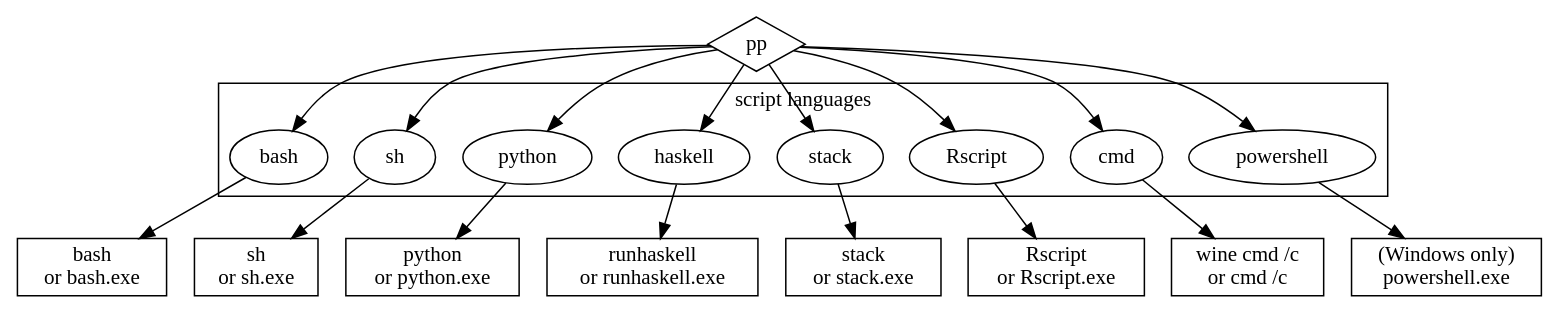
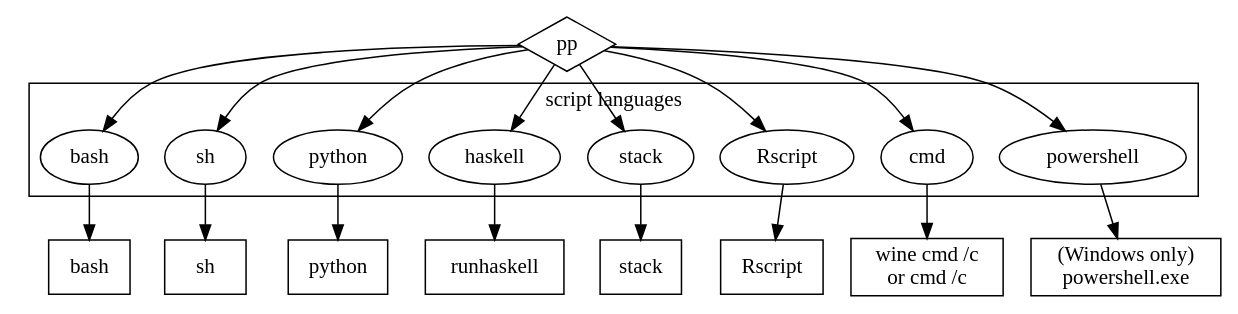
Before and after one commit to CDSoft/pp: the diagram in doc/img/pp-scripts.gv, drawn with Graphviz. The commit also changed 8 other files, not shown here.

```diff
--- a/doc/img/pp-scripts.gv
+++ b/doc/img/pp-scripts.gv
@@ -1,29 +1,29 @@
 
 digraph {
 
     subgraph cluster_cmd {
         label = "script languages"
         bash sh python haskell stack Rscript cmd powershell
     }
 
     PP [shape=diamond label="pp"]
     bash sh cmd python haskell stack
-    Bash [shape=box label="bash\nor bash.exe"]
-    Sh [shape=box label="sh\nor sh.exe"]
-    Python [shape=box label="python\nor python.exe"]
-    Haskell [shape=box label="runhaskell\nor runhaskell.exe"]
-    Stack [shape=box label="stack\nor stack.exe"]
-    Rscriptexe [shape=box label="Rscript\nor Rscript.exe"]
+    Bash [shape=box label="bash"]
+    Sh [shape=box label="sh"]
+    Python [shape=box label="python"]
+    Haskell [shape=box label="runhaskell"]
+    Stack [shape=box label="stack"]
+    Rscriptexe [shape=box label="Rscript"]
     Cmd [shape=box label="wine cmd /c\nor cmd /c"]
     PowerShell [shape=box label="(Windows only)\npowershell.exe"]
 
     PP -> {bash sh python haskell stack Rscript cmd powershell}
     bash -> Bash
     sh -> Sh
     python -> Python
     haskell -> Haskell
     stack -> Stack
     Rscript -> Rscriptexe
     cmd -> Cmd
     powershell -> PowerShell
 }
```
